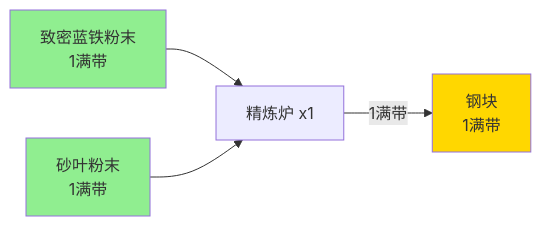
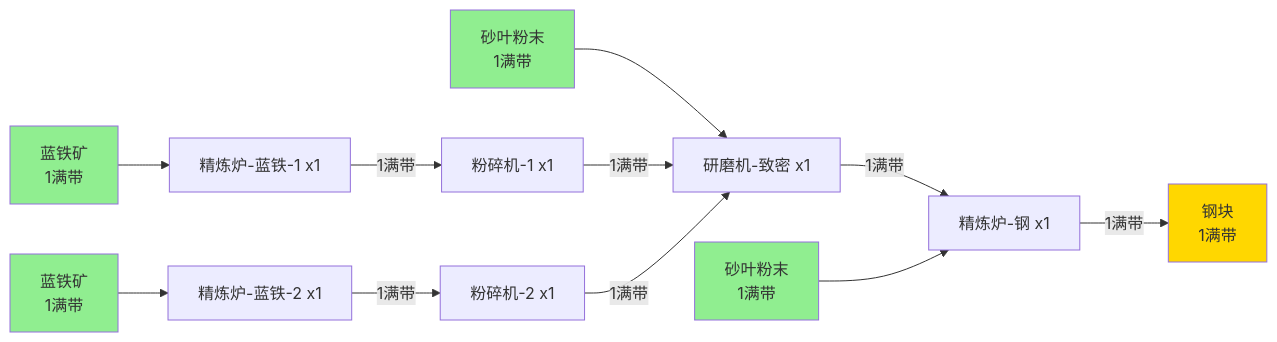
The diagram in examples/steel-block-production.md (HeChuQIU/endfield-factory-compressor), drawn with Mermaid before and after one commit. The commit also changed other lines of this file and 1 other file, not shown here.

First line of the commit message:
Complete steel block production chain with raw materials

````diff
--- a/examples/steel-block-production.md
+++ b/examples/steel-block-production.md
@@ -15,19 +35,32 @@
 ```mermaid
 graph LR
-    %% 钢块生产
-    精炼炉[精炼炉 x1] -->|1满带| 钢块输出[钢块<br/>1满带]
+    %% 钢块生产（最终产品）
+    精炼炉钢[精炼炉-钢 x1] -->|1满带| 钢块输出[钢块<br/>1满带]
     
-    %% 致密蓝铁粉末输入
-    致密蓝铁粉末输入[致密蓝铁粉末<br/>1满带] --> 精炼炉
+    %% 致密蓝铁粉末生产
+    研磨机致密[研磨机-致密 x1] -->|1满带| 精炼炉钢
+    砂叶粉末输入1[砂叶粉末<br/>1满带] --> 研磨机致密
     
-    %% 砂叶粉末输入
-    砂叶粉末输入[砂叶粉末<br/>1满带] --> 精炼炉
+    %% 蓝铁粉末生产
+    粉碎机1[粉碎机-1 x1] -->|1满带| 研磨机致密
+    粉碎机2[粉碎机-2 x1] -->|1满带| 研磨机致密
+    
+    %% 蓝铁块生产
+    精炼炉蓝铁1[精炼炉-蓝铁-1 x1] -->|1满带| 粉碎机1
+    精炼炉蓝铁2[精炼炉-蓝铁-2 x1] -->|1满带| 粉碎机2
+    
+    %% 原料输入
+    蓝铁矿1[蓝铁矿<br/>1满带] --> 精炼炉蓝铁1
+    蓝铁矿2[蓝铁矿<br/>1满带] --> 精炼炉蓝铁2
+    
+    %% 砂叶粉末输入（钢块生产）
+    砂叶粉末输入2[砂叶粉末<br/>1满带] --> 精炼炉钢
     
     %% 样式
     classDef rawMaterial fill:#90EE90
     classDef machine fill:#87CEEB
     classDef product fill:#FFD700
     
-    class 致密蓝铁粉末输入,砂叶粉末输入 rawMaterial
+    class 蓝铁矿1,蓝铁矿2,砂叶粉末输入1,砂叶粉末输入2 rawMaterial
     class 钢块输出 product
 ```
````
